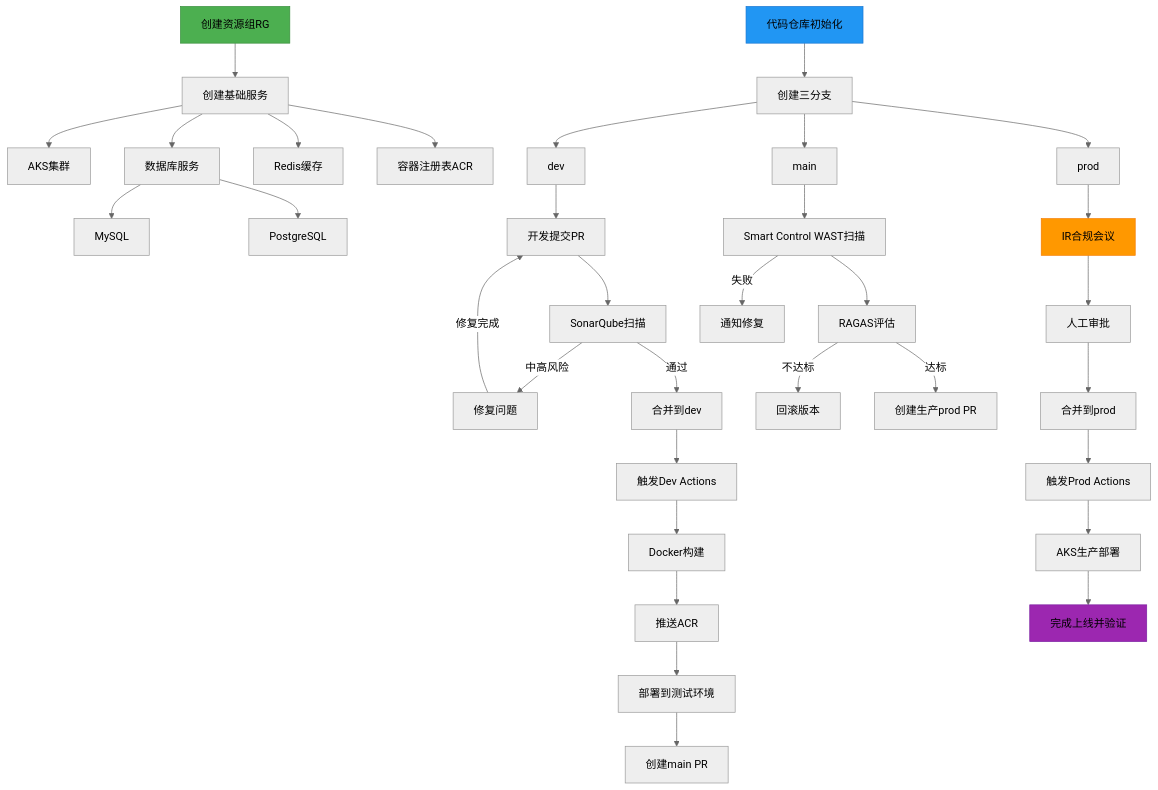
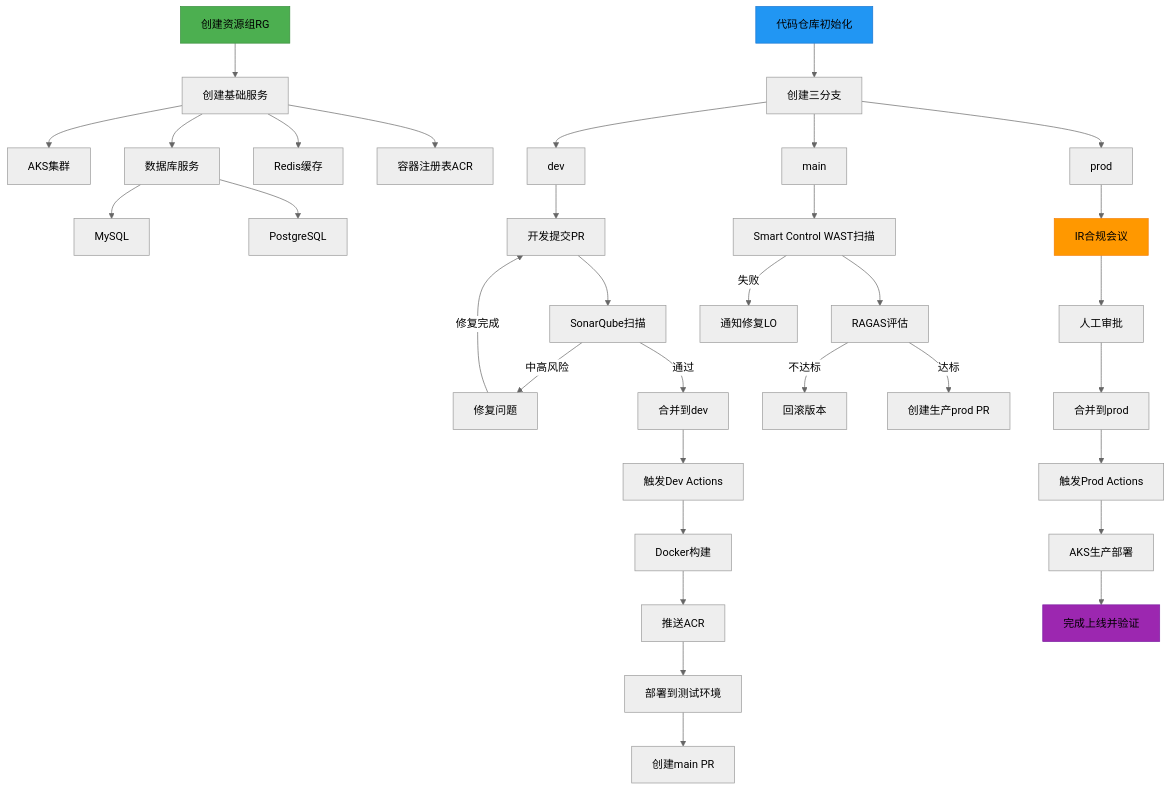
One commit to funnyData/iodraw-files changed the diagram in all/未命名-1.md. Above: the diagram before and after it, drawn with Mermaid (neutral theme).

Commit message:
2025-02-27 09:21:56 update

````diff
--- a/all/未命名-1.md
+++ b/all/未命名-1.md
@@ -1,61 +1,61 @@
 ```mermaid
 graph TD
     A[创建资源组RG] --> B[创建基础服务]
     B --> C[AKS集群]
     B --> D[数据库服务]
     D --> DA[MySQL]
     D --> DB[PostgreSQL]
     B --> E[Redis缓存]
     B --> F[容器注册表ACR]
     
     G[代码仓库初始化] --> H[创建三分支]
     H --> I[dev]
     H --> J[main]
     H --> K[prod]
     K --> W[IR合规会议]
     J --> T[Smart Control WAST扫描]
     
     I --> L[开发提交PR]
     L --> M[SonarQube扫描]
     M -->|中高风险| N[修复问题]
     N -->|修复完成|L
     M -->|通过| O[合并到dev]
     
     O --> P[触发Dev Actions]
     P --> Q[Docker构建]
     Q --> R[推送ACR]
     R --> S[部署到测试环境]
     S --> SA[创建main PR]
     %% S -->V[创建生产PR]
 
     
     %% S --> T[Smart Control WAST扫描]
     %% T -->|失败| U[通知修复]
 
     
     %% T -->|通过| V[创建生产PR]
 T--> AD[RAGAS评估]
     AD -->|不达标| AE[回滚版本]
     AD -->|达标| AF[创建生产prod PR]
-    T -->|失败| U[通知修复]
+    T -->|失败| U[通知修复LO]
     
     %% V --> W[IR合规会议]
     W --> X[人工审批]
     X --> Y[合并到prod]
     
     Y --> Z[触发Prod Actions]
     Z --> AC[AKS生产部署]
     AC --> ZA[完成上线并验证]
     %% Z --> AA[安全扫描]
     %% AA -->|高风险| AB[终止部署]
     %% AA -->|通过| AC[AKS生产部署]
     
     %% AC --> AD[RAGAS评估]
     %% AD -->|不达标| AE[回滚版本]
     %% AD -->|达标| AF[完成上线]
     
     style A fill:#4CAF50,stroke:#388E3C
     style G fill:#2196F3,stroke:#1976D2
     style W fill:#FF9800,stroke:#F57C00
     style ZA fill:#9C27B0,stroke:#7B1FA2
 ```
````
